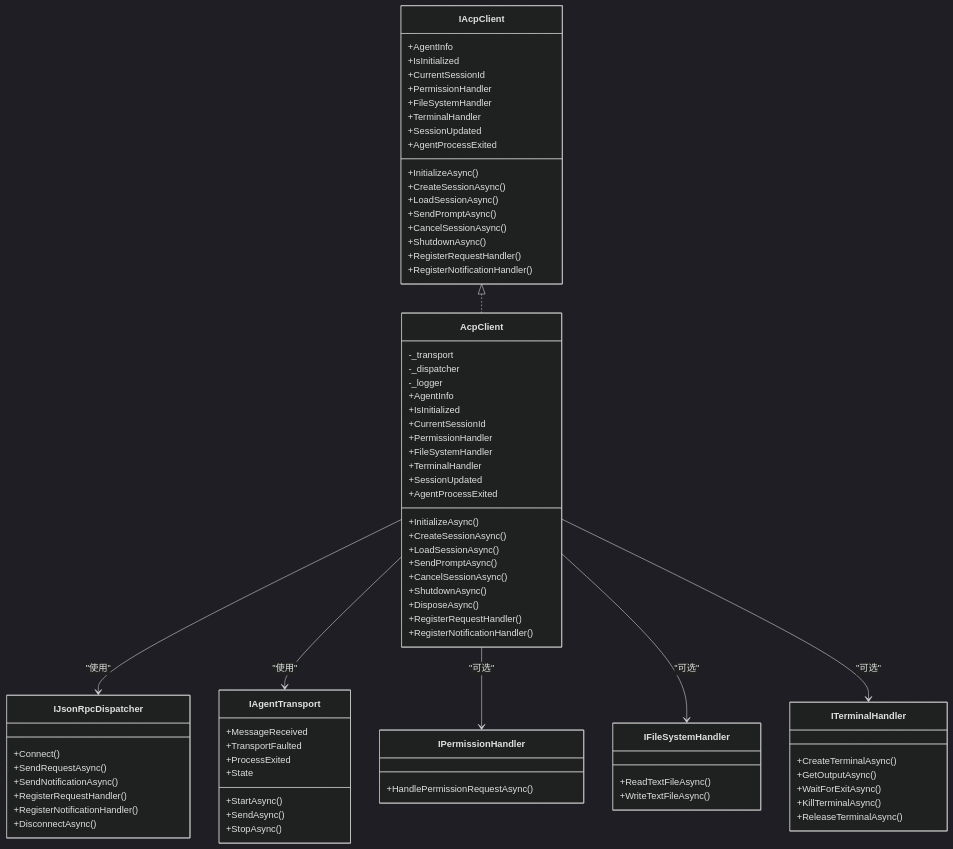
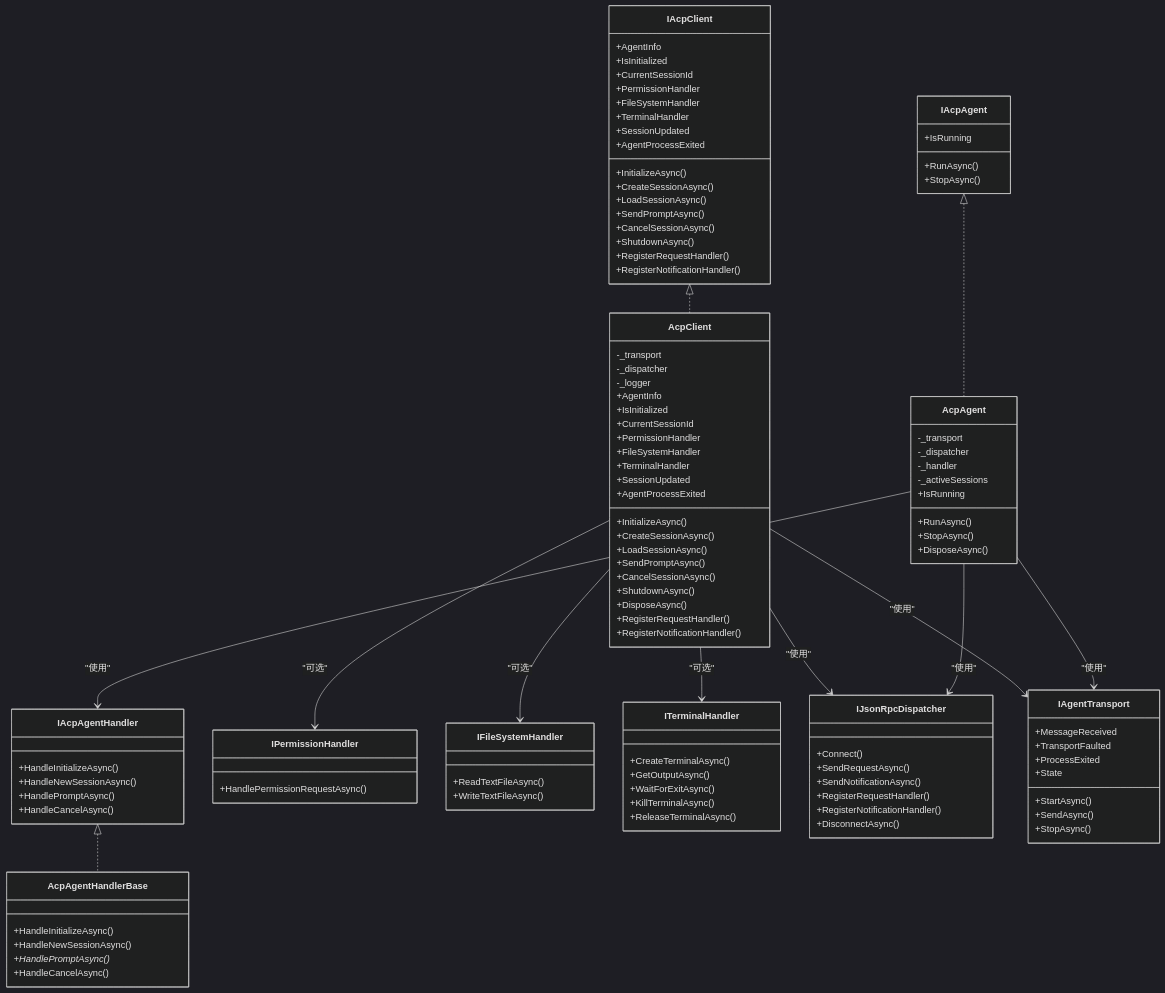
Before and after one commit to AgenticDesktop/ACPLibrary: the third of 6 diagrams in .qoder/repowiki/zh/content/客户端API/客户端API.md, drawn with Mermaid (dark theme). The commit also changed other lines of this file and 33 other files, not shown here.

````diff
--- a/.qoder/repowiki/zh/content/客户端API/客户端API.md
+++ b/.qoder/repowiki/zh/content/客户端API/客户端API.md
@@ -298,6 +388,33 @@
 +RegisterRequestHandler()
 +RegisterNotificationHandler()
 }
+class IAcpAgent {
++IsRunning
++RunAsync()
++StopAsync()
+}
+class AcpAgent {
+-_transport
+-_dispatcher
+-_handler
+-_activeSessions
++IsRunning
++RunAsync()
++StopAsync()
++DisposeAsync()
+}
+class IAcpAgentHandler {
++HandleInitializeAsync()
++HandleNewSessionAsync()
++HandlePromptAsync()
++HandleCancelAsync()
+}
+class AcpAgentHandlerBase {
++HandleInitializeAsync()
++HandleNewSessionAsync()
++HandlePromptAsync()*
++HandleCancelAsync()
+}
 class IPermissionHandler {
 +HandlePermissionRequestAsync()
 }
@@ -330,9 +447,14 @@
 +State
 }
 IAcpClient <|.. AcpClient
+IAcpAgent <|.. AcpAgent
+IAcpAgentHandler <|.. AcpAgentHandlerBase
 AcpClient --> IJsonRpcDispatcher : "使用"
 AcpClient --> IAgentTransport : "使用"
 AcpClient --> IPermissionHandler : "可选"
 AcpClient --> IFileSystemHandler : "可选"
 AcpClient --> ITerminalHandler : "可选"
+AcpAgent --> IJsonRpcDispatcher : "使用"
+AcpAgent --> IAgentTransport : "使用"
+AcpAgent --> IAcpAgentHandler : "使用"
 ```
````
